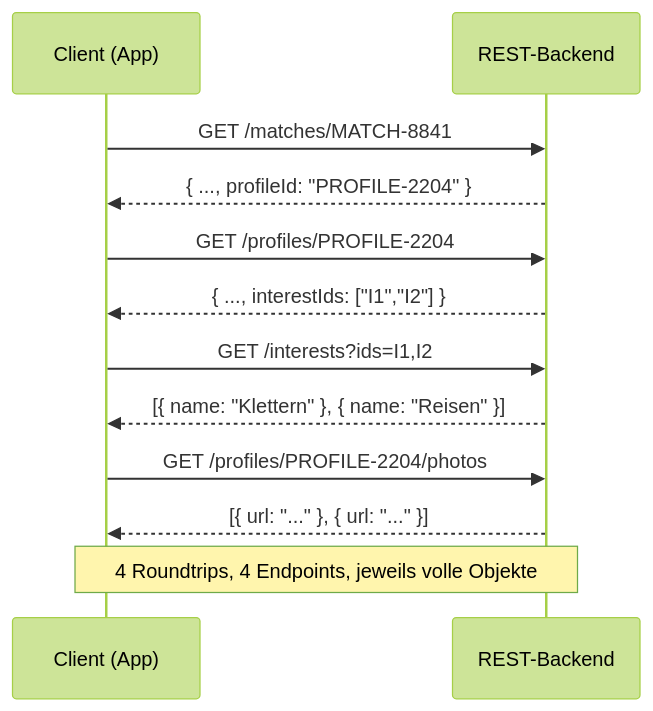
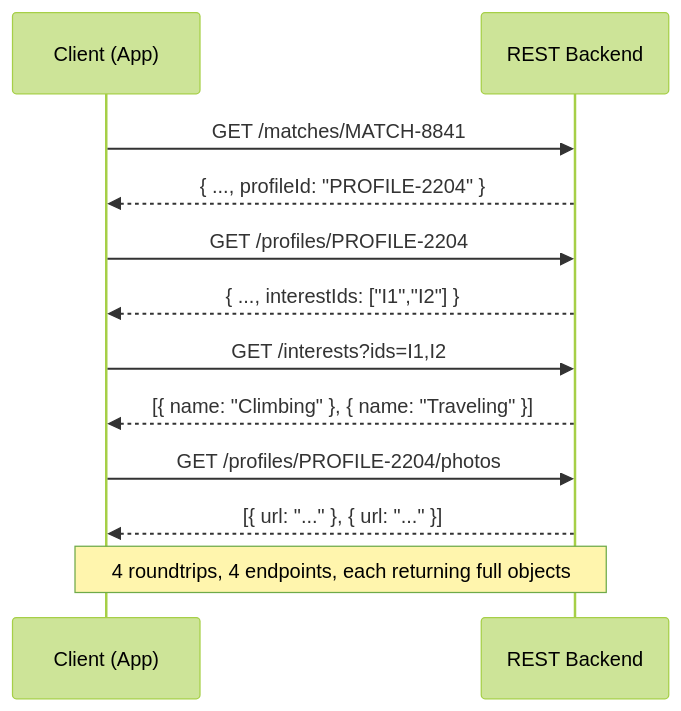
The second of 4 diagrams in README.md (r4mercur/generic-graphql), drawn with Mermaid (forest theme) before and after one commit. The commit also changed other lines of this file and 2 other files, not shown here.

````diff
--- a/README.md
+++ b/README.md
@@ -35,15 +41,15 @@
 ```mermaid
 sequenceDiagram
     participant C as Client (App)
-    participant S as REST-Backend
+    participant S as REST Backend
 
     C->>S: GET /matches/MATCH-8841
     S-->>C: { ..., profileId: "PROFILE-2204" }
     C->>S: GET /profiles/PROFILE-2204
     S-->>C: { ..., interestIds: ["I1","I2"] }
     C->>S: GET /interests?ids=I1,I2
-    S-->>C: [{ name: "Klettern" }, { name: "Reisen" }]
+    S-->>C: [{ name: "Climbing" }, { name: "Traveling" }]
     C->>S: GET /profiles/PROFILE-2204/photos
     S-->>C: [{ url: "..." }, { url: "..." }]
-    Note over C,S: 4 Roundtrips, 4 Endpoints, jeweils volle Objekte
+    Note over C,S: 4 roundtrips, 4 endpoints, each returning full objects
 ```
````
